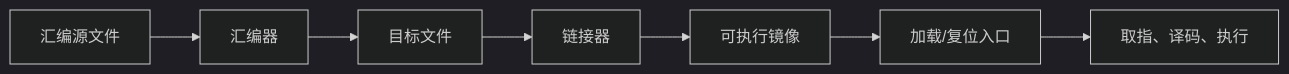
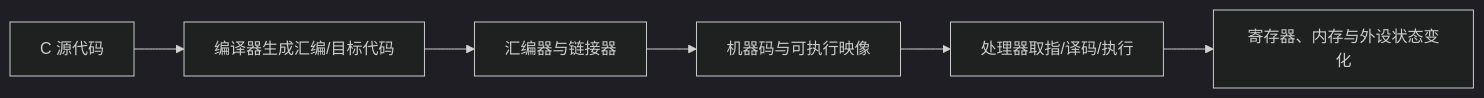
One commit to ilikui/Notes changed the diagram in pages/汇编语言.md. Above: the diagram before and after it, drawn with Mermaid (dark theme). The commit also changed other lines of this file and 20 other files, not shown here.

First line of the commit message:
docs: complete foundation notes and add diagrams

````diff
--- a/pages/汇编语言.md
+++ b/pages/汇编语言.md
@@ -7,9 +15,8 @@
 ```mermaid
 flowchart LR
-    A[汇编源文件] --> B[汇编器]
-    B --> C[目标文件]
-    C --> D[链接器]
-    D --> E[可执行镜像]
-    E --> F[加载/复位入口]
-    F --> G[取指、译码、执行]
+    A[C 源代码] --> B[编译器生成汇编/目标代码]
+    B --> C[汇编器与链接器]
+    C --> D[机器码与可执行映像]
+    D --> E[处理器取指/译码/执行]
+    E --> F[寄存器、内存与外设状态变化]
 ```
````
